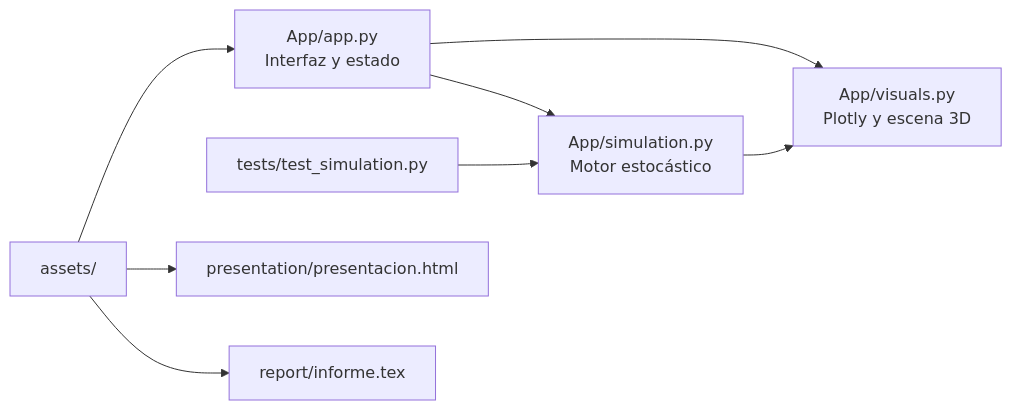
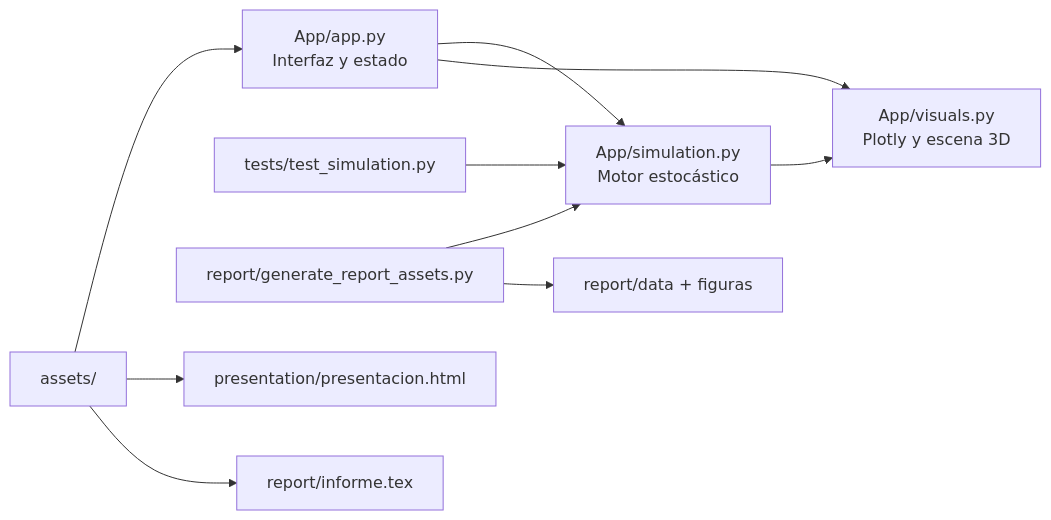
One commit to DanielBarillasM/Proyecto-1_Grupo-1_Modelacion-y-Simulacion_Sec-30 changed the diagram in README.md. Above: the diagram before and after it, drawn with Mermaid. The commit also changed other lines of this file and 25 other files, not shown here.

````diff
--- a/README.md
+++ b/README.md
@@ -226,10 +285,12 @@
 ```mermaid
 flowchart LR
     UI[App/app.py<br>Interfaz y estado] --> ENGINE[App/simulation.py<br>Motor estocástico]
     UI --> VIEWS[App/visuals.py<br>Plotly y escena 3D]
     ENGINE --> VIEWS
     TESTS[tests/test_simulation.py] --> ENGINE
+    GENERATOR[report/generate_report_assets.py] --> ENGINE
+    GENERATOR --> DATA[report/data + figuras]
     ASSETS[assets/] --> UI
     ASSETS --> SLIDES[presentation/presentacion.html]
     ASSETS --> REPORT[report/informe.tex]
 ```
````
